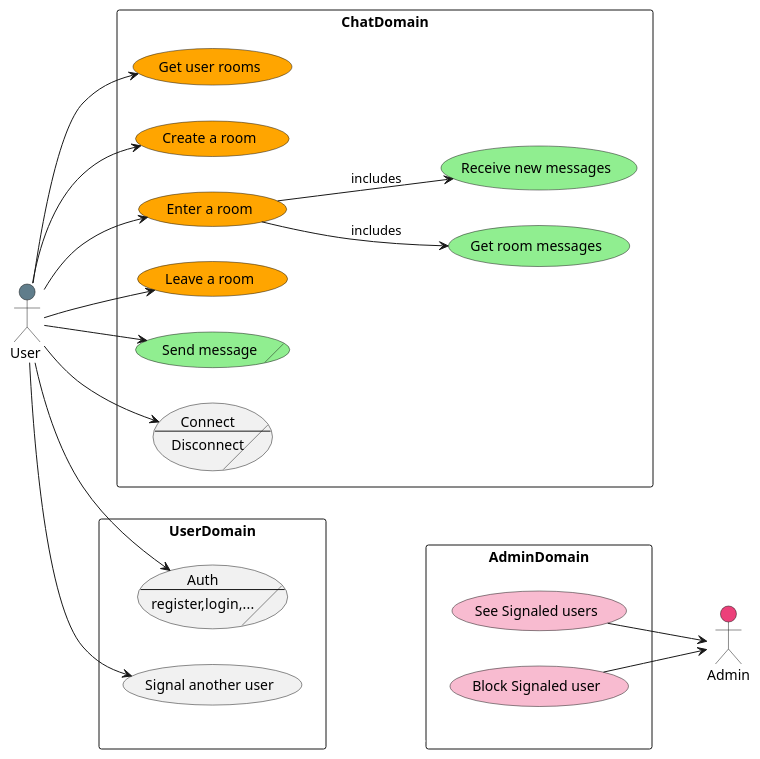
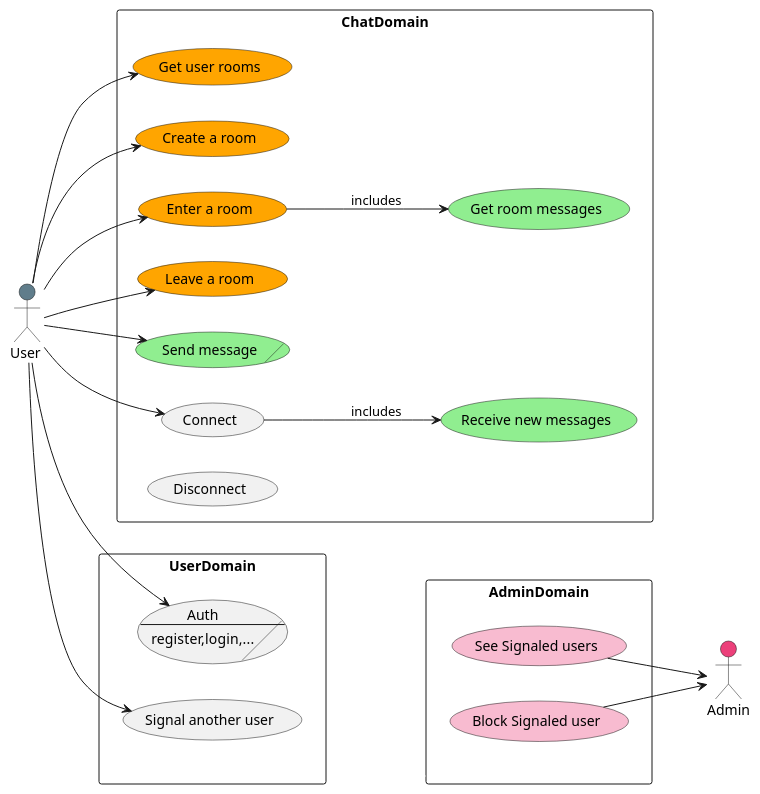
One commit to moez-sadok/chat-clean-architecture changed the diagram in docs/design/app-use-cases.wsd. Above: the diagram before and after it, drawn with PlantUML. The commit also changed 2 other files, not shown here.

```diff
--- a/docs/design/app-use-cases.wsd
+++ b/docs/design/app-use-cases.wsd
@@ -1,49 +1,49 @@
 @startuml
 left to right direction
 
 actor "Admin" as adm #EC407A
 actor "User " as acs #607D8B
 
 rectangle UserDomain  {
     usecase/ UCC0 as "Auth
     --
     register,login,..."
     usecase "Signal another user" as UCC7
 }
 
 rectangle ChatDomain {
     usecase "Get user rooms" as UCC3 #Orange
     usecase "Create a room" as UCC2 #Orange
     usecase "Enter a room" as UCC4 #Orange
     usecase "Leave a room" as UCC8 #Orange
     usecase "Get room messages" as UCC5 #LightGreen
     usecase "Receive new messages" as UCC9 #LightGreen
     usecase/ UCC6 as "Send message" #LightGreen
-        usecase/ UCC1 as "Connect
-    --
-    Disconnect"
+    usecase UCC1 as "Connect"
+    usecase "Disconnect" as UCC10 
 }
 
 rectangle AdminDomain {
     usecase "See Signaled users" as UCA1 #F8BBD0
     usecase "Block Signaled user" as UCA2 #F8BBD0
 }
 
 acs --> UCC0
 acs --> UCC1
 acs --> UCC2
 acs --> UCC3
 acs --> UCC4
 acs --> UCC6
 acs --> UCC7
 acs --> UCC8
 
 UCC4 --> UCC5 : includes
-UCC4 --> UCC9 : includes
+
+UCC1 --> UCC9 : includes
 
 UCA1 --> adm
 UCA2 --> adm
 
 UserDomain  -- AdminDomain #FFFFFF
 
 @enduml
```
